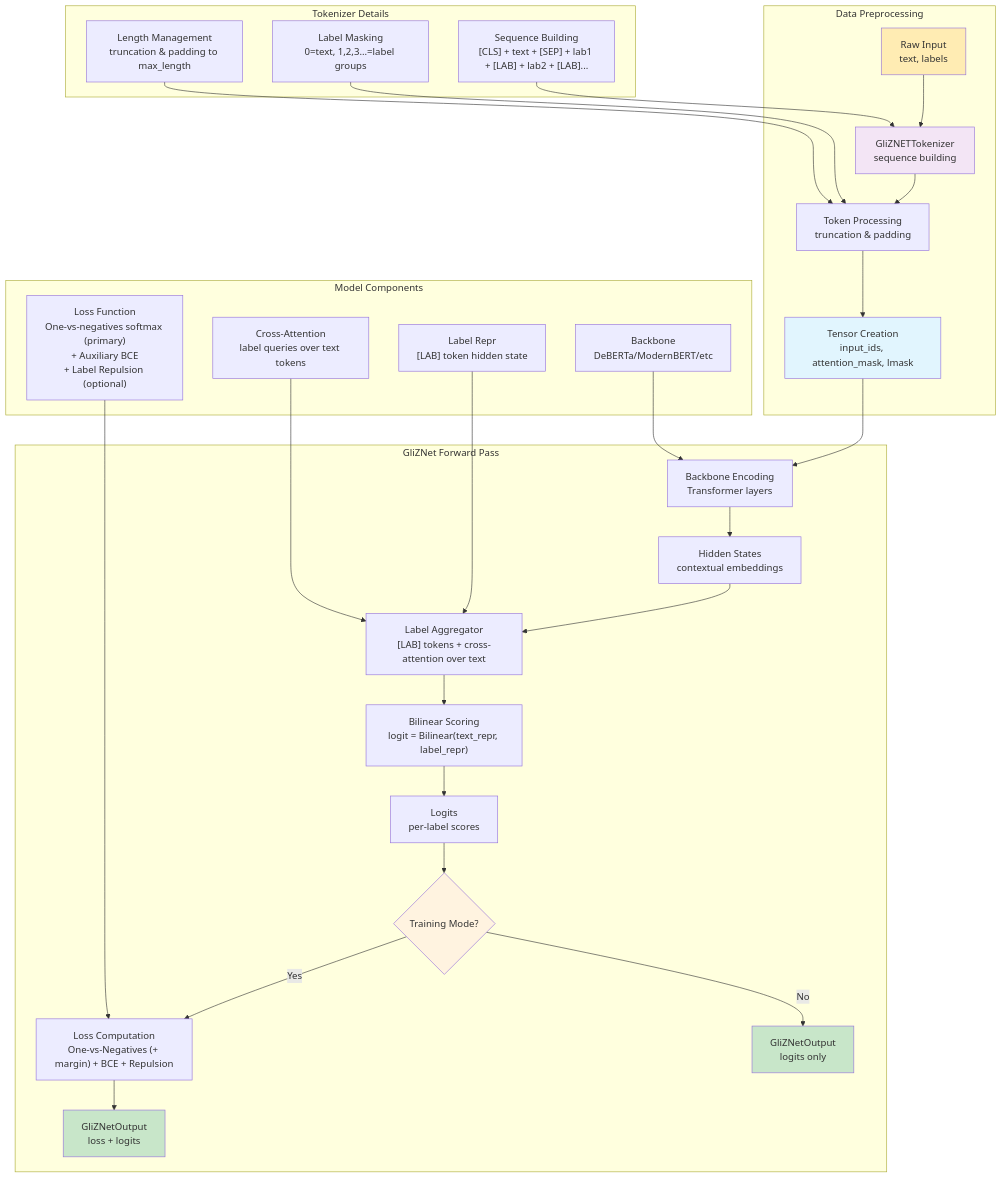
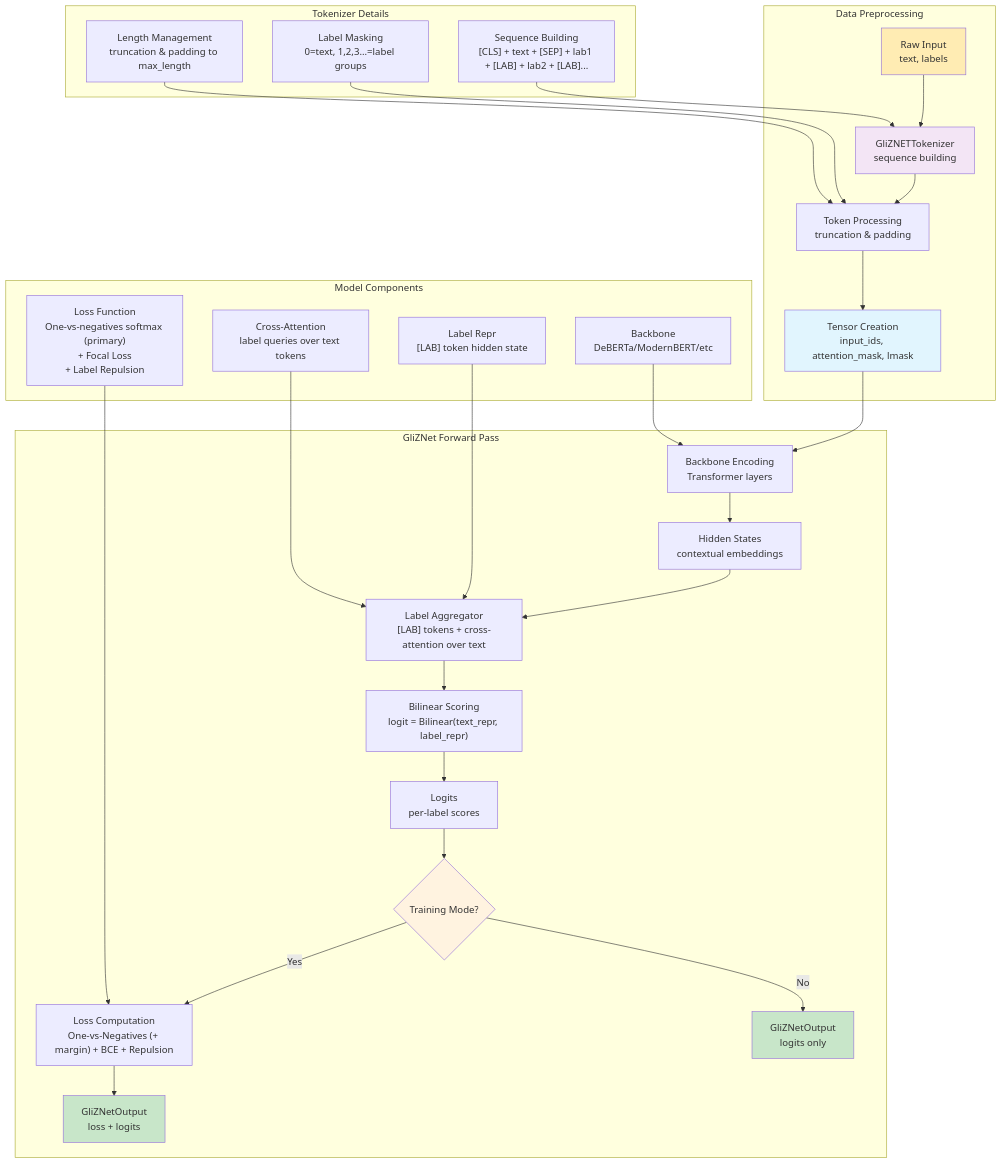
One commit to KameniAlexNea/zero-shot-classification changed the diagram in reports/forward_pass.md. Above: the diagram before and after it, drawn with Mermaid. The commit also changed 3 other files, not shown here.

````diff
--- a/reports/forward_pass.md
+++ b/reports/forward_pass.md
@@ -2,40 +2,40 @@
 ```mermaid
 graph TD
     subgraph "Data Preprocessing"
         A["Raw Input<br/>text, labels"] --> B["GliZNETTokenizer<br/>sequence building"];
         B --> C["Token Processing<br/>truncation & padding"];
         C --> D["Tensor Creation<br/>input_ids, attention_mask, lmask"];
     end
 
     subgraph "GliZNet Forward Pass"
         D --> E["Backbone Encoding<br/>Transformer layers"];
         E --> F["Hidden States<br/>contextual embeddings"];
         F --> G["Label Aggregator<br/>[LAB] tokens + cross-attention over text"];
         G --> H["Bilinear Scoring<br/>logit = Bilinear(text_repr, label_repr)"];
         H --> I["Logits<br/>per-label scores"];
         I --> J{"Training Mode?"};
         J -->|Yes| K["Loss Computation<br/>One-vs-Negatives (+ margin) + BCE + Repulsion"];
         J -->|No| L["GliZNetOutput<br/>logits only"];
         K --> M["GliZNetOutput<br/>loss + logits"];
     end
 
     subgraph "Tokenizer Details"
         N["Sequence Building<br/>[CLS] + text + [SEP] + lab1 + [LAB] + lab2 + [LAB]..."] --> B;
         O["Label Masking<br/>0=text, 1,2,3...=label groups"] --> C;
         P["Length Management<br/>truncation & padding to max_length"] --> C;
     end
 
     subgraph "Model Components"
         Q["Backbone<br/>DeBERTa/ModernBERT/etc"] --> E;
         R["Label Repr<br/>[LAB] token hidden state"] --> G;
         S["Cross-Attention<br/>label queries over text tokens"] --> G;
-        T["Loss Function<br/>One-vs-negatives softmax (primary)<br/>+ Auxiliary BCE<br/>+ Label Repulsion (optional)"] --> K;
+        T["Loss Function<br/>One-vs-negatives softmax (primary)<br/>+ Focal Loss<br/>+ Label Repulsion"] --> K;
     end
 
     style A fill:#ffecb3
     style D fill:#e1f5fe
     style M fill:#c8e6c9
     style L fill:#c8e6c9
     style J fill:#fff3e0
     style B fill:#f3e5f5
 ```
````
